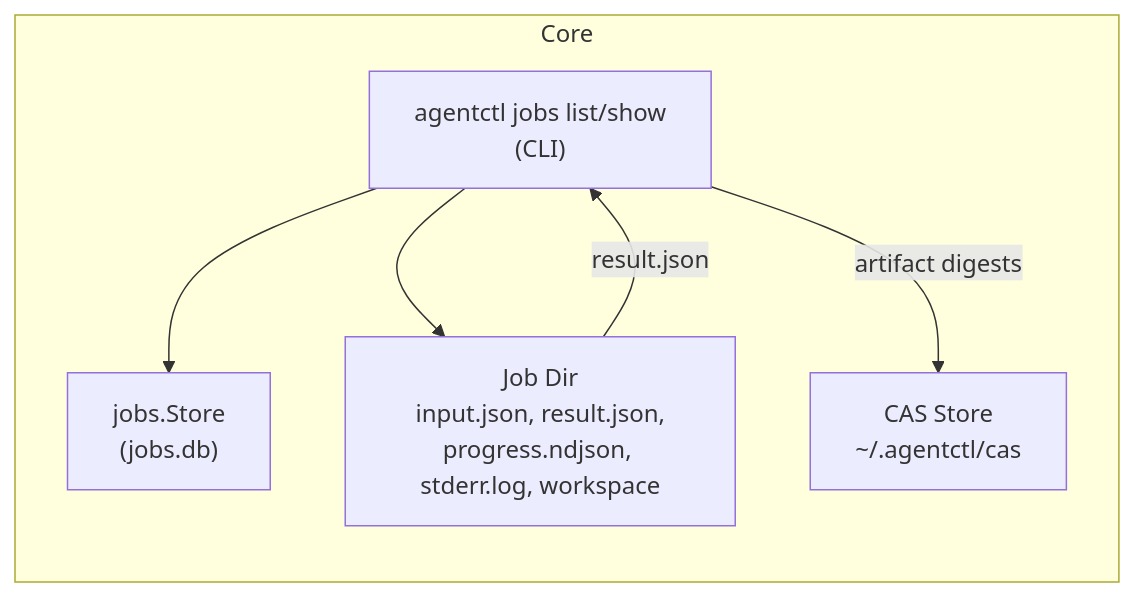
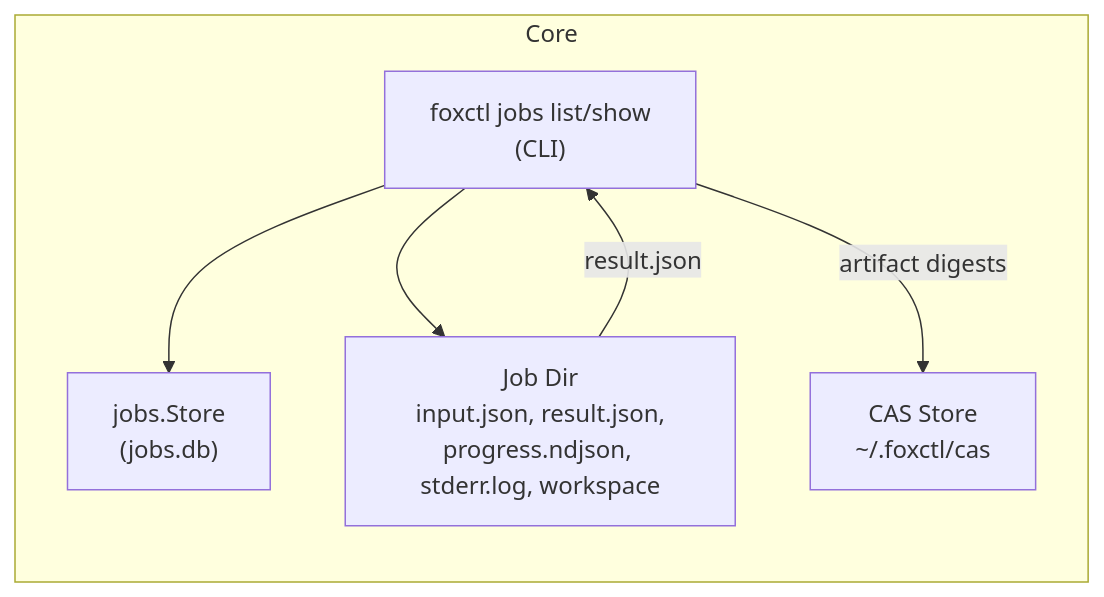
Before and after one commit to joshka0/foxctl: the diagram in docs/spec/2025-12-01_jobs_and_viewer_support.md, drawn with Mermaid. The commit also changed other lines of this file and 2567 other files, not shown here.

Commit message:
Rename agentctl to foxctl

````diff
--- a/docs/spec/2025-12-01_jobs_and_viewer_support.md
+++ b/docs/spec/2025-12-01_jobs_and_viewer_support.md
@@ -242,14 +242,14 @@
 ```mermaid
 flowchart LR
   subgraph Core
-    A["agentctl jobs list/show\n(CLI)"]
+    A["foxctl jobs list/show\n(CLI)"]
     B["jobs.Store\n(jobs.db)"]
     C["Job Dir\ninput.json, result.json,\nprogress.ndjson, stderr.log, workspace"]
-    D["CAS Store\n~/.agentctl/cas"]
+    D["CAS Store\n~/.foxctl/cas"]
   end
 
   A --> B
   A --> C
   C -->|"result.json"| A
   A -->|"artifact digests"| D
 ```
````
